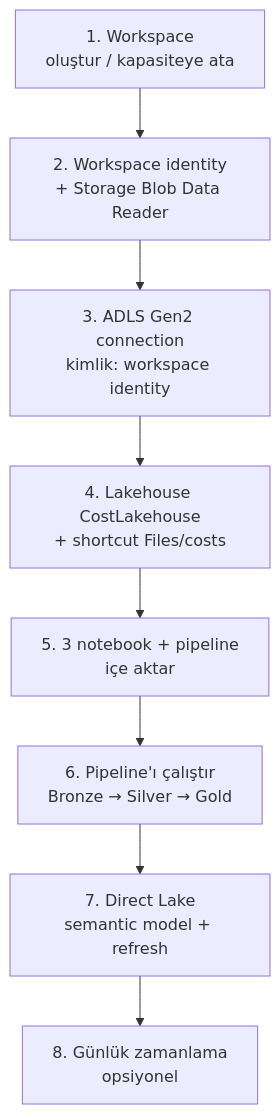
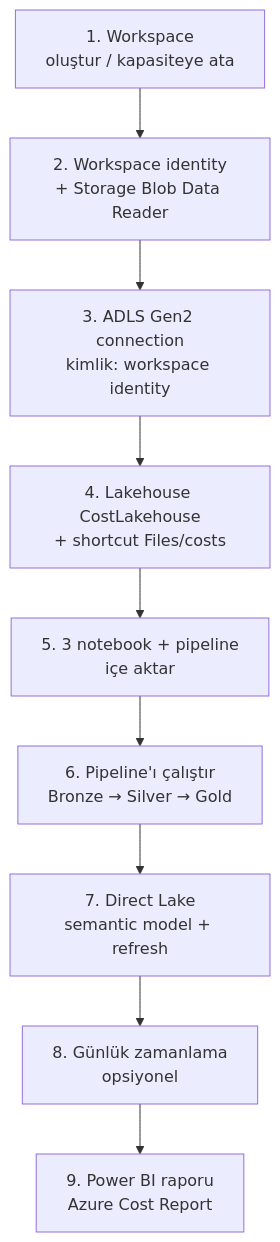
Before and after one commit to senem101/azure-cost-to-fabric: the diagram in docs/03-fabric-kurulum.md, drawn with Mermaid. The commit also changed other lines of this file and 21 other files, not shown here.

````diff
--- a/docs/03-fabric-kurulum.md
+++ b/docs/03-fabric-kurulum.md
@@ -23,10 +23,11 @@
 ```mermaid
 flowchart TD
     A[1. Workspace<br/>oluştur / kapasiteye ata] --> B[2. Workspace identity<br/>+ Storage Blob Data Reader]
     B --> C[3. ADLS Gen2 connection<br/>kimlik: workspace identity]
     C --> D[4. Lakehouse CostLakehouse<br/>+ shortcut Files/costs]
     D --> E[5. 3 notebook + pipeline<br/>içe aktar]
     E --> F[6. Pipeline'ı çalıştır<br/>Bronze → Silver → Gold]
     F --> G[7. Direct Lake<br/>semantic model + refresh]
     G --> H[8. Günlük zamanlama<br/>opsiyonel]
+    H --> I[9. Power BI raporu<br/>Azure Cost Report]
 ```
````
